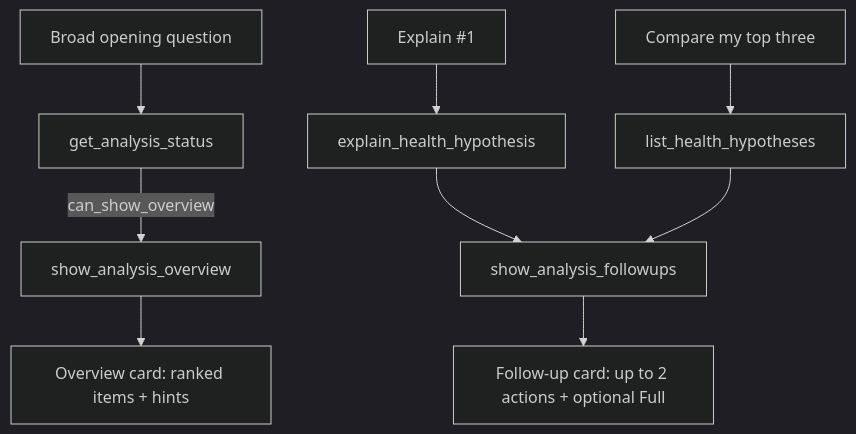
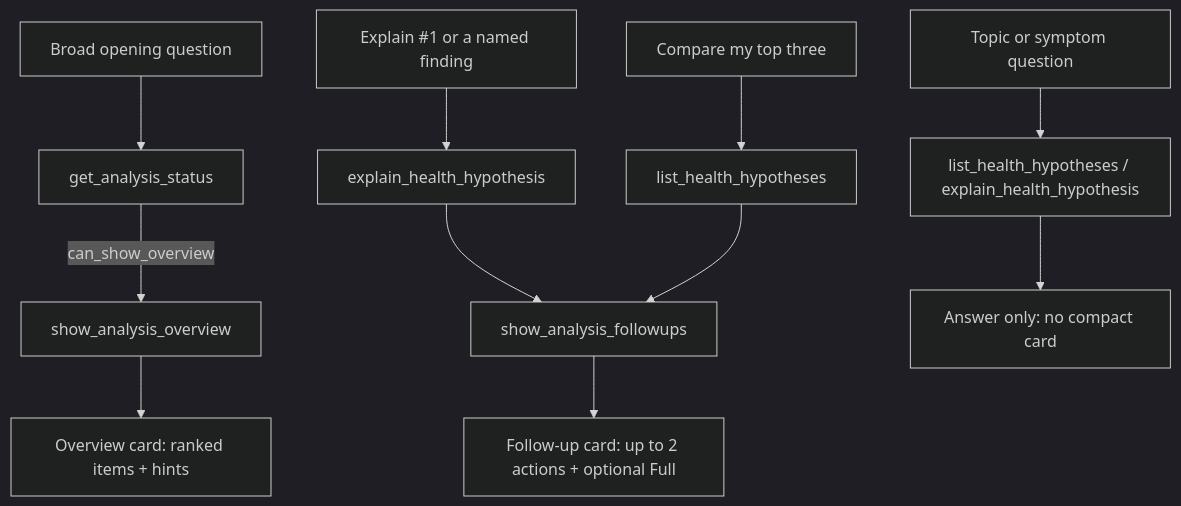
Before and after one commit to mutant-0/mcp_server: the second of 2 diagrams in mutant-mcp/docs/mcp-contract.md, drawn with Mermaid (dark theme). The commit also changed other lines of this file and 9 other files, not shown here.

````diff
--- a/mutant-mcp/docs/mcp-contract.md
+++ b/mutant-mcp/docs/mcp-contract.md
@@ -266,11 +284,13 @@
 ```mermaid
 flowchart TD
   Q[Broad opening question] --> S[get_analysis_status]
   S -->|can_show_overview| O[show_analysis_overview]
   O --> Card[Overview card: ranked items + hints]
-  Q2[Explain #1] --> E[explain_health_hypothesis]
+  Q2[Explain #1 or a named finding] --> E[explain_health_hypothesis]
   E --> F[show_analysis_followups]
   Q3[Compare my top three] --> L[list_health_hypotheses]
   L --> F
   F --> FCard[Follow-up card: up to 2 actions + optional Full]
+  Q4[Topic or symptom question] --> L2[list_health_hypotheses / explain_health_hypothesis]
+  L2 --> A[Answer only: no compact card]
 ```
````
